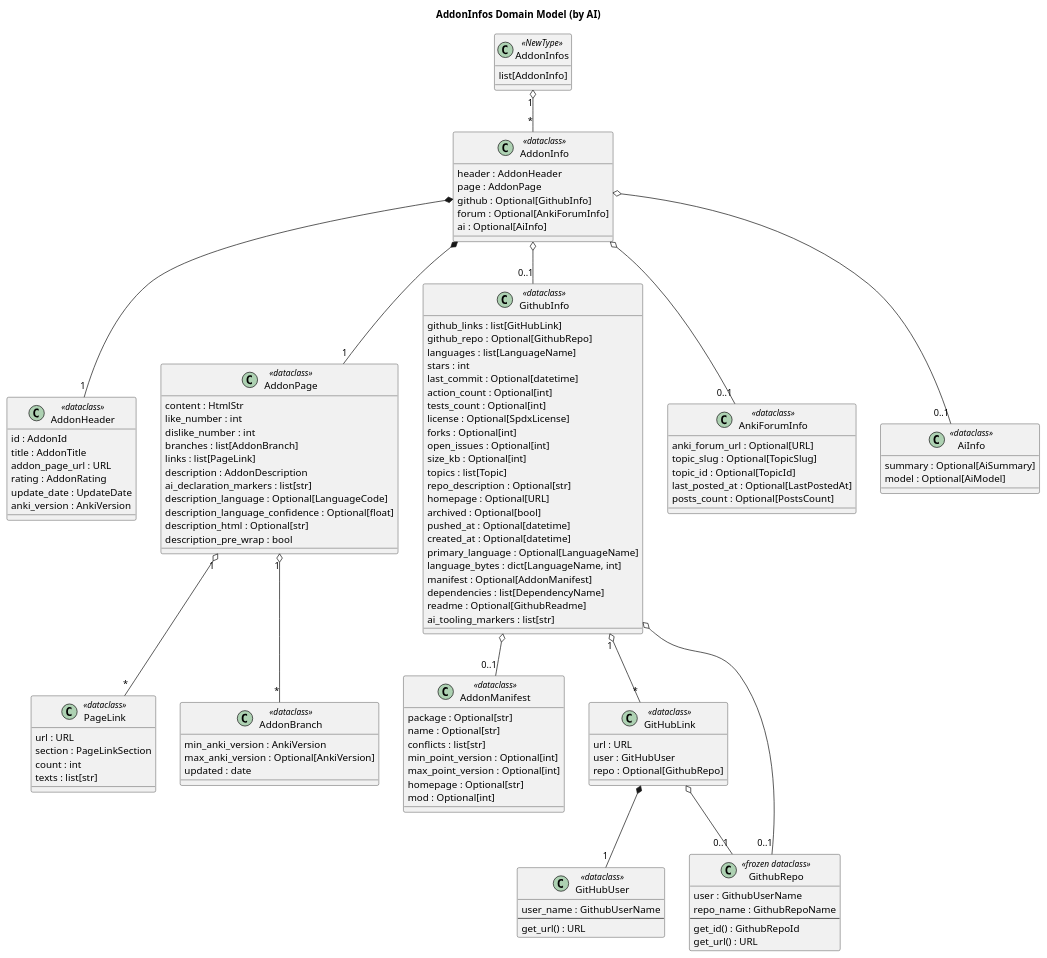
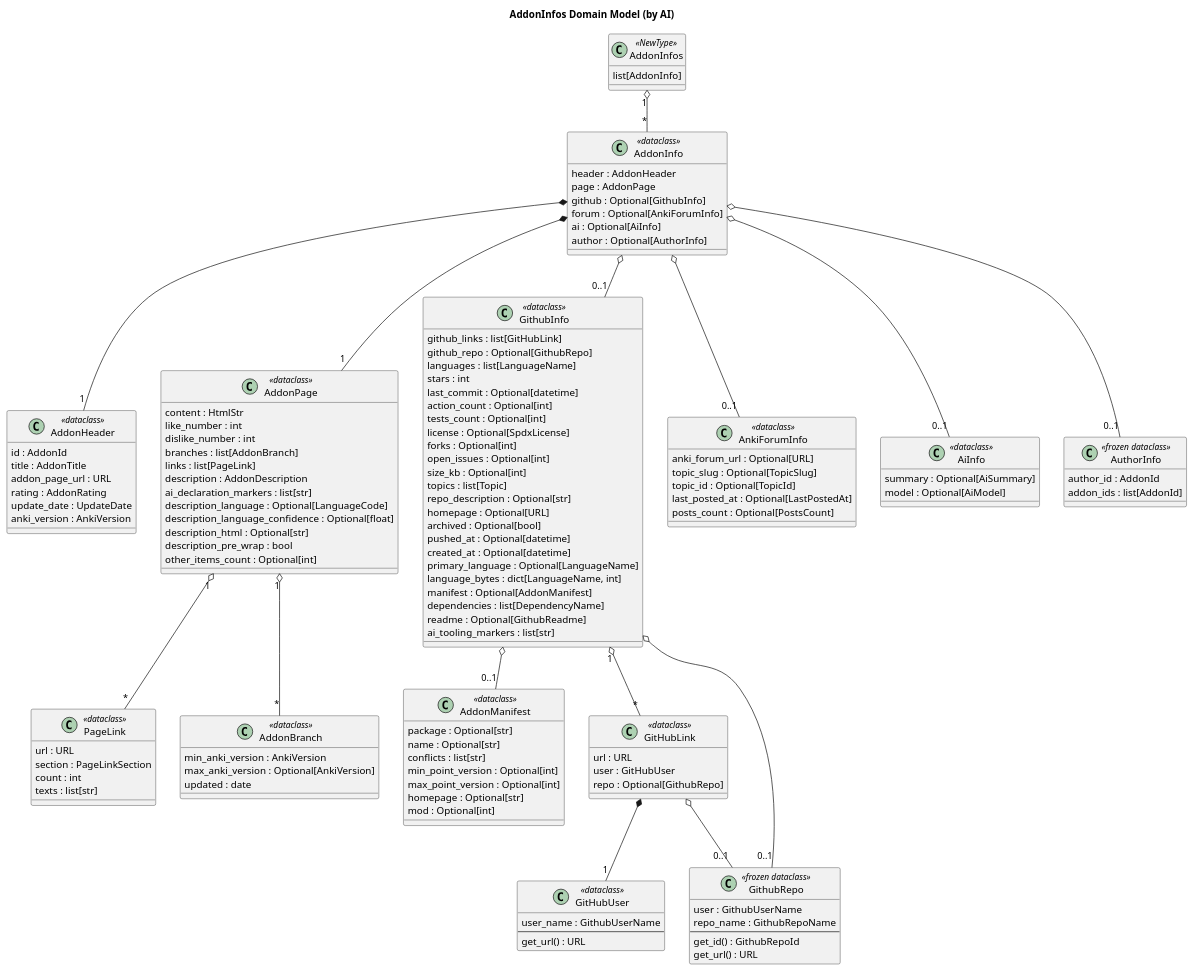
The diagram in doc/uml/ai/class-addon-infos.puml (Aleks-Ya/anki-addons-dataset), drawn with PlantUML before and after one commit. The commit also changed 38 other files, not shown here.

```diff
--- a/doc/uml/ai/class-addon-infos.puml
+++ b/doc/uml/ai/class-addon-infos.puml
@@ -1,142 +1,150 @@
 @startuml
 
 title AddonInfos Domain Model (by AI)
 
 skinparam packageStyle rectangle
 
 class AddonInfos <<NewType>> {
   list[AddonInfo]
 }
 
 class AddonInfo <<dataclass>> {
   header : AddonHeader
   page : AddonPage
   github : Optional[GithubInfo]
   forum : Optional[AnkiForumInfo]
   ai : Optional[AiInfo]
+  author : Optional[AuthorInfo]
 }
 
 class AddonHeader <<dataclass>> {
   id : AddonId
   title : AddonTitle
   addon_page_url : URL
   rating : AddonRating
   update_date : UpdateDate
   anki_version : AnkiVersion
 }
 
 class AddonPage <<dataclass>> {
   content : HtmlStr
   like_number : int
   dislike_number : int
   branches : list[AddonBranch]
   links : list[PageLink]
   description : AddonDescription
   ai_declaration_markers : list[str]
   description_language : Optional[LanguageCode]
   description_language_confidence : Optional[float]
   description_html : Optional[str]
   description_pre_wrap : bool
+  other_items_count : Optional[int]
 }
 
 class PageLink <<dataclass>> {
   url : URL
   section : PageLinkSection
   count : int
   texts : list[str]
 }
 
 class AddonBranch <<dataclass>> {
   min_anki_version : AnkiVersion
   max_anki_version : Optional[AnkiVersion]
   updated : date
 }
 
 class GithubInfo <<dataclass>> {
   github_links : list[GitHubLink]
   github_repo : Optional[GithubRepo]
   languages : list[LanguageName]
   stars : int
   last_commit : Optional[datetime]
   action_count : Optional[int]
   tests_count : Optional[int]
   license : Optional[SpdxLicense]
   forks : Optional[int]
   open_issues : Optional[int]
   size_kb : Optional[int]
   topics : list[Topic]
   repo_description : Optional[str]
   homepage : Optional[URL]
   archived : Optional[bool]
   pushed_at : Optional[datetime]
   created_at : Optional[datetime]
   primary_language : Optional[LanguageName]
   language_bytes : dict[LanguageName, int]
   manifest : Optional[AddonManifest]
   dependencies : list[DependencyName]
   readme : Optional[GithubReadme]
   ai_tooling_markers : list[str]
 }
 
 class AddonManifest <<dataclass>> {
   package : Optional[str]
   name : Optional[str]
   conflicts : list[str]
   min_point_version : Optional[int]
   max_point_version : Optional[int]
   homepage : Optional[str]
   mod : Optional[int]
 }
 
 class GitHubLink <<dataclass>> {
   url : URL
   user : GitHubUser
   repo : Optional[GithubRepo]
 }
 
 class GitHubUser <<dataclass>> {
   user_name : GithubUserName
   --
   get_url() : URL
 }
 
 class GithubRepo <<frozen dataclass>> {
   user : GithubUserName
   repo_name : GithubRepoName
   --
   get_id() : GithubRepoId
   get_url() : URL
 }
 
 class AnkiForumInfo <<dataclass>> {
   anki_forum_url : Optional[URL]
   topic_slug : Optional[TopicSlug]
   topic_id : Optional[TopicId]
   last_posted_at : Optional[LastPostedAt]
   posts_count : Optional[PostsCount]
 }
 
 class AiInfo <<dataclass>> {
   summary : Optional[AiSummary]
   model : Optional[AiModel]
 }
 
+class AuthorInfo <<frozen dataclass>> {
+  author_id : AddonId
+  addon_ids : list[AddonId]
+}
+
 AddonInfos "1" o-- "*" AddonInfo
 
 AddonInfo *-- "1" AddonHeader
 AddonInfo *-- "1" AddonPage
 AddonInfo o-- "0..1" GithubInfo
 AddonInfo o-- "0..1" AnkiForumInfo
 AddonInfo o-- "0..1" AiInfo
+AddonInfo o-- "0..1" AuthorInfo
 
 AddonPage "1" o-- "*" AddonBranch
 AddonPage "1" o-- "*" PageLink
 
 GithubInfo "1" o-- "*" GitHubLink
 GithubInfo o-- "0..1" GithubRepo
 GithubInfo o-- "0..1" AddonManifest
 
 GitHubLink *-- "1" GitHubUser
 GitHubLink o-- "0..1" GithubRepo
 
 @enduml
```
